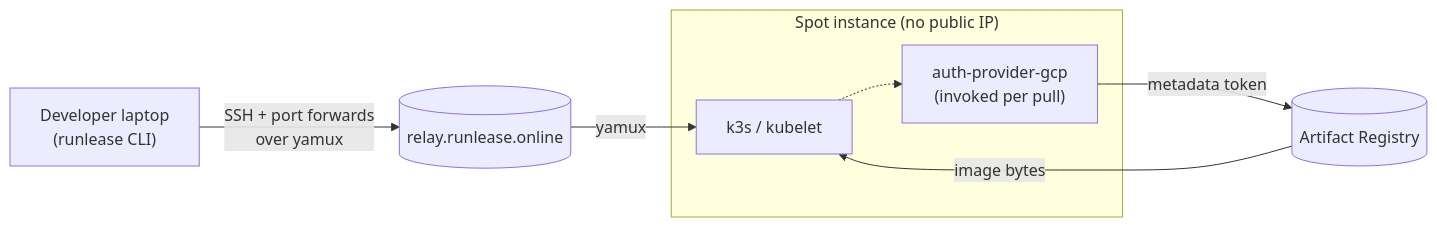
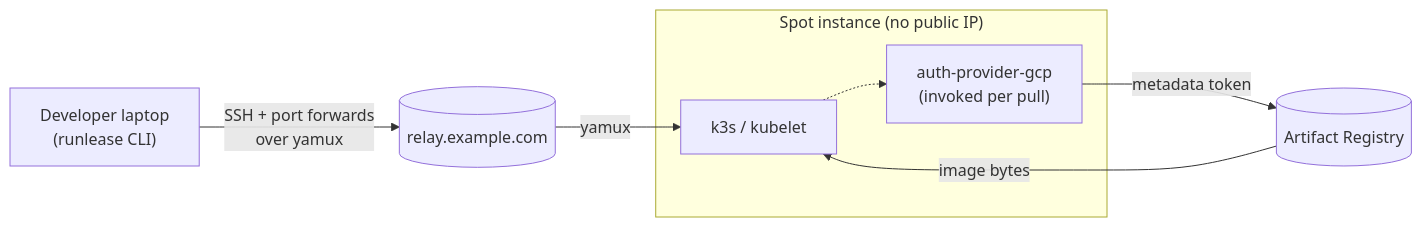
The diagram in docs/private-ar-k3s.md (marshal-org/runlease), drawn with Mermaid before and after one commit. The commit also changed 17 other files, not shown here.

````diff
--- a/docs/private-ar-k3s.md
+++ b/docs/private-ar-k3s.md
@@ -7,16 +7,16 @@
 ```mermaid
 flowchart LR
     L["Developer laptop<br/>(runlease CLI)"]
-    R[("relay.runlease.online")]
+    R[("relay.example.com")]
     subgraph VM["Spot instance (no public IP)"]
         K["k3s / kubelet"]
         APG["auth-provider-gcp<br/>(invoked per pull)"]
         K -.-> APG
     end
     AR[("Artifact Registry")]
 
     L -- "SSH + port forwards<br/>over yamux" --> R
     R -- "yamux" --> K
     APG -- "metadata token" --> AR
     AR -- "image bytes" --> K
 ```
````
